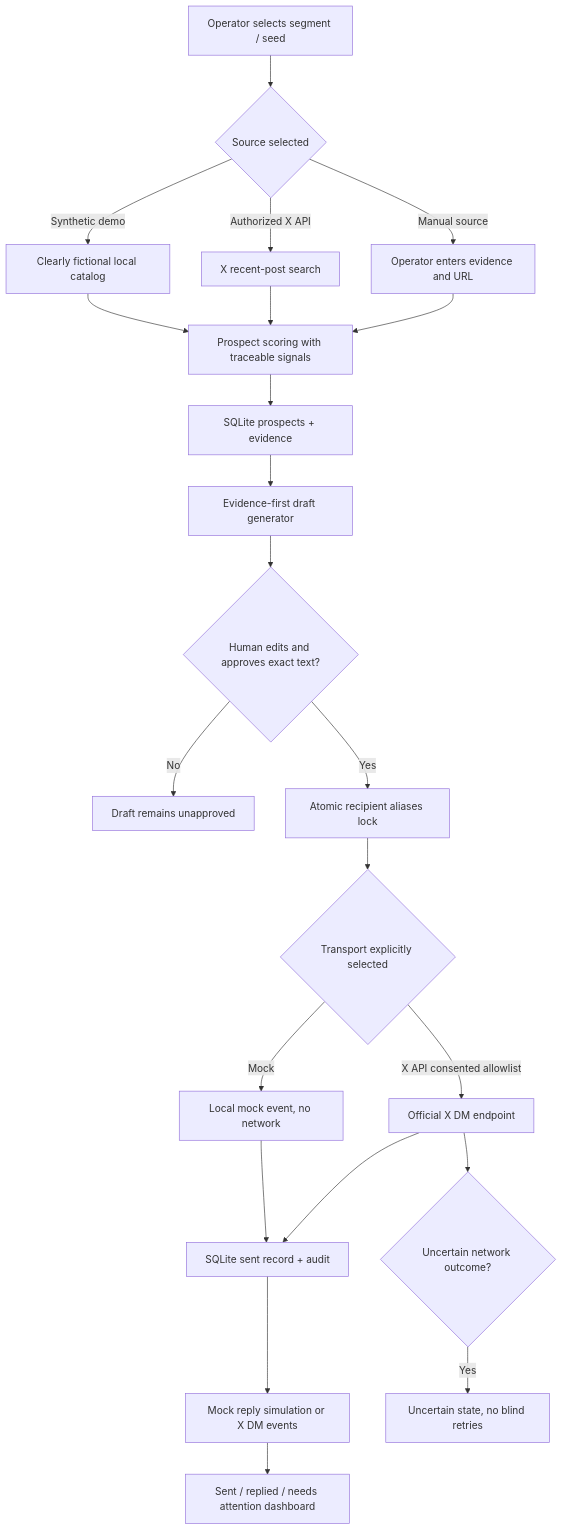
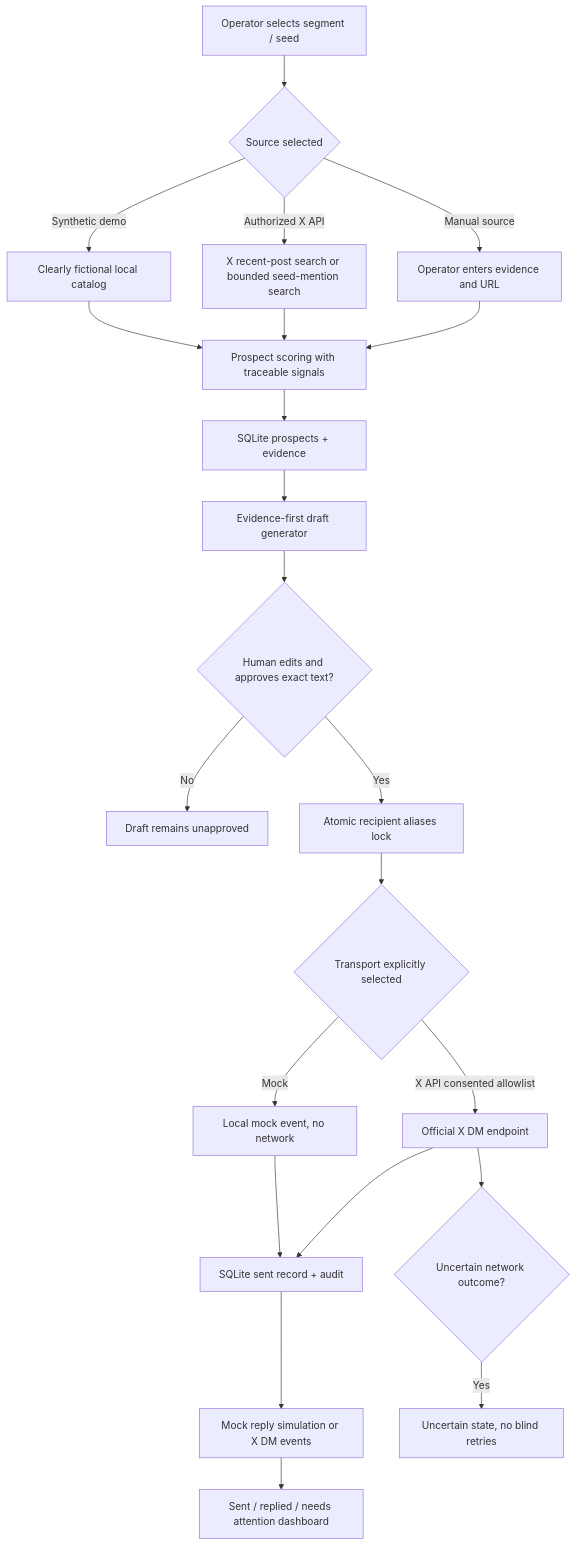
Before and after one commit to NTA1210/SignalBridge: the diagram in docs/ARCHITECTURE.md, drawn with Mermaid. The commit also changed other lines of this file, not shown here.

Commit message:
docs(architecture): distinguish seed-mention search and partial sync

````diff
--- a/docs/ARCHITECTURE.md
+++ b/docs/ARCHITECTURE.md
@@ -5,24 +5,24 @@
 ```mermaid
 flowchart TD
   A[Operator selects segment / seed] --> B{Source selected}
   B -->|Synthetic demo| C[Clearly fictional local catalog]
-  B -->|Authorized X API| D[X recent-post search]
+  B -->|Authorized X API| D[X recent-post search or bounded seed-mention search]
   B -->|Manual source| E[Operator enters evidence and URL]
   C --> F[Prospect scoring with traceable signals]
   D --> F
   E --> F
   F --> G[SQLite prospects + evidence]
   G --> H[Evidence-first draft generator]
   H --> I{Human edits and approves exact text?}
   I -->|No| J[Draft remains unapproved]
   I -->|Yes| K[Atomic recipient aliases lock]
   K --> L{Transport explicitly selected}
   L -->|Mock| M[Local mock event, no network]
   L -->|X API consented allowlist| N[Official X DM endpoint]
   M --> O[SQLite sent record + audit]
   N --> O
   N --> P{Uncertain network outcome?}
   P -->|Yes| Q[Uncertain state, no blind retries]
   O --> R[Mock reply simulation or X DM events]
   R --> S[Sent / replied / needs attention dashboard]
 ```
````
